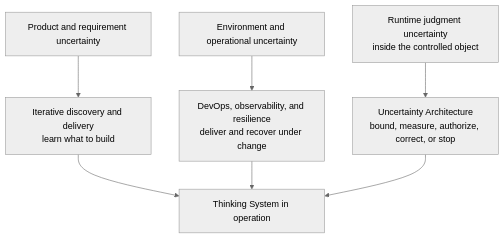
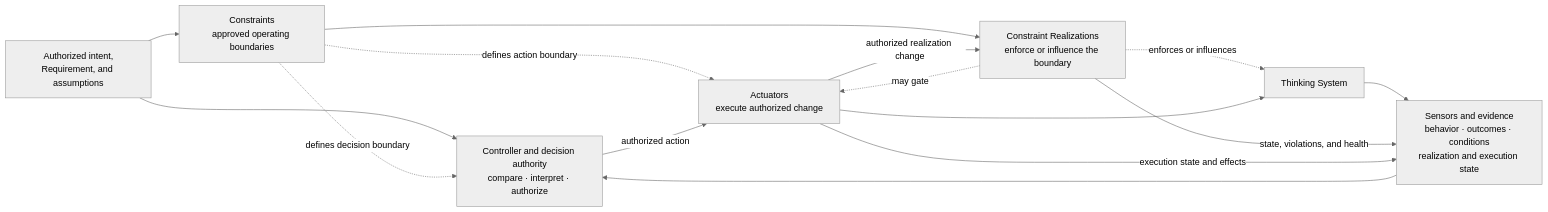
Before and after one commit to UncertaintyArchitectureGroup/uncertainty-architecture: the diagram in README.md, drawn with Mermaid (neutral theme). The commit also changed other lines of this file and 31 other files, not shown here.

First line of the commit message:
Define Constraints and Constraint Realization as first-class control concepts (#32)

````diff
--- a/README.md
+++ b/README.md
@@ -31,17 +53,25 @@
 ```mermaid
-flowchart TB
-    P[Product and requirement uncertainty]
-    A[Iterative discovery and delivery<br/>learn what to build]
-    O[Environment and operational uncertainty]
-    D[DevOps, observability, and resilience<br/>deliver and recover under change]
-    J[Runtime judgment uncertainty<br/>inside the controlled object]
-    U[Uncertainty Architecture<br/>bound, measure, authorize, correct, or stop]
+flowchart LR
+    R[Authorized intent,<br/>Requirement, and assumptions]
+    K[Constraints<br/>approved operating boundaries]
+    KR[Constraint Realizations<br/>enforce or influence the boundary]
+    P[Thinking System]
+    S[Sensors and evidence<br/>behavior · outcomes · conditions<br/>realization and execution state]
+    C[Controller and decision authority<br/>compare · interpret · authorize]
+    A[Actuators<br/>execute authorized change]
 
-    P --> A
-    O --> D
-    J --> U
-
-    A --> S[Thinking System in operation]
-    D --> S
-    U --> S
+    R --> C
+    R --> K
+    K --> KR
+    K -. defines decision boundary .-> C
+    K -. defines action boundary .-> A
+    KR -. enforces or influences .-> P
+    KR -. may gate .-> A
+    P --> S
+    KR -->|state, violations, and health| S
+    A -->|execution state and effects| S
+    S --> C
+    C -->|authorized action| A
+    A --> P
+    A -->|authorized realization change| KR
 ```
````
